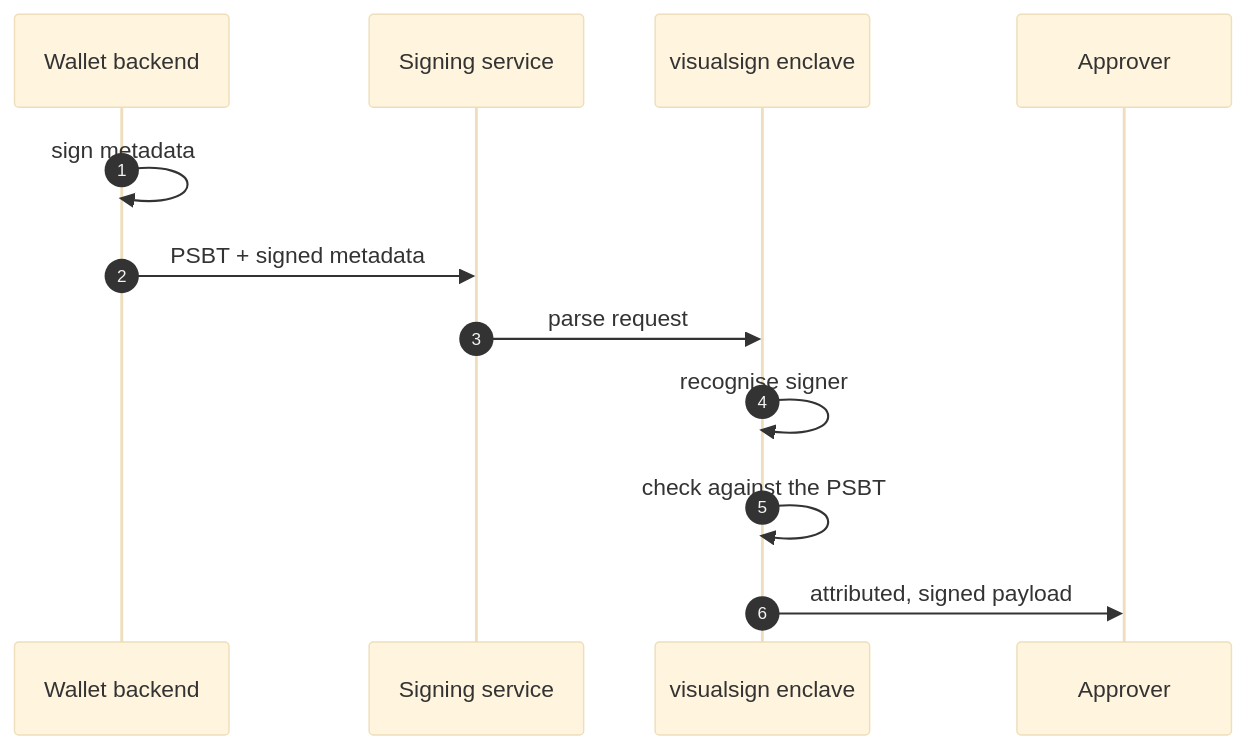
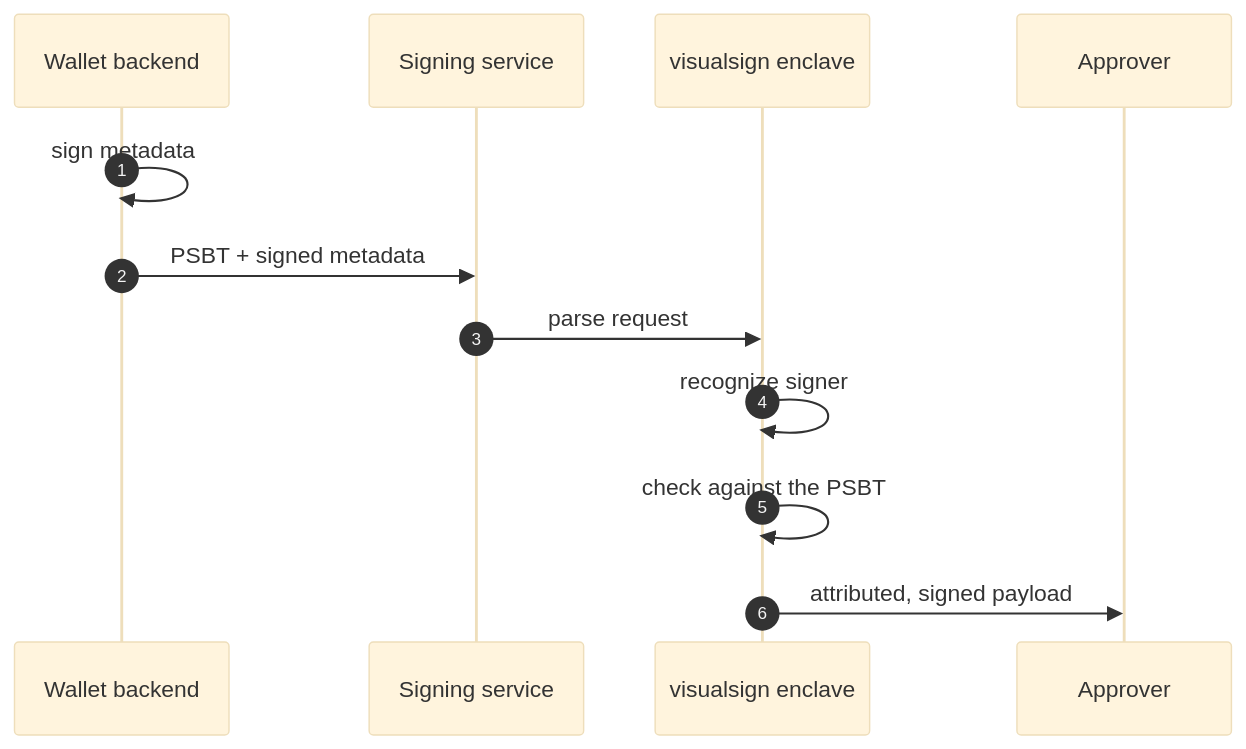
Before and after one commit to anchorageoss/visualsign-parser: the first of 4 diagrams in docs/rfcs/btc/vsp-btc-1.mdx, drawn with Mermaid (base theme). The commit also changed other lines of this file, not shown here.

````diff
--- a/docs/rfcs/btc/vsp-btc-1.mdx
+++ b/docs/rfcs/btc/vsp-btc-1.mdx
@@ -164,14 +164,14 @@
 ```mermaid
 sequenceDiagram
     autonumber
     participant W as Wallet backend
     participant R as Signing service
     participant E as visualsign enclave
     participant A as Approver
     W->>W: sign metadata
     W->>R: PSBT + signed metadata
     R->>E: parse request
-    E->>E: recognise signer
+    E->>E: recognize signer
     E->>E: check against the PSBT
     E->>A: attributed, signed payload
 ```
````
